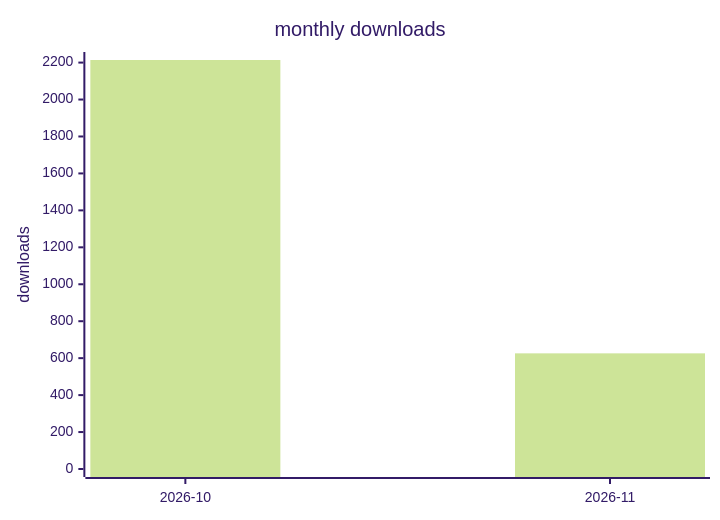
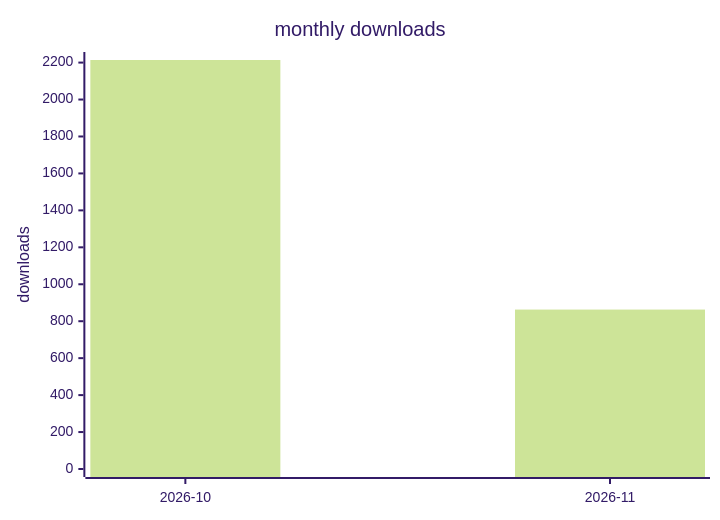
Before and after one commit to terry2010/dsh-rss-news-daily: the second of 2 diagrams in docs/downloads-2026.md, drawn with Mermaid (forest theme). The commit also changed other lines of this file and 1 other file, not shown here.

````diff
--- a/docs/downloads-2026.md
+++ b/docs/downloads-2026.md
@@ -29,7 +29,7 @@
 ```mermaid
 xychart-beta
     title "monthly downloads"
     x-axis ["2026-10", "2026-11"]
     y-axis "downloads" 0 --> 2214
-    bar [2214, 626]
+    bar [2214, 863]
 ```
````
